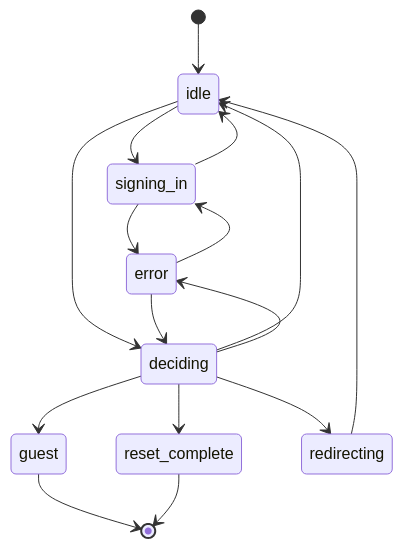
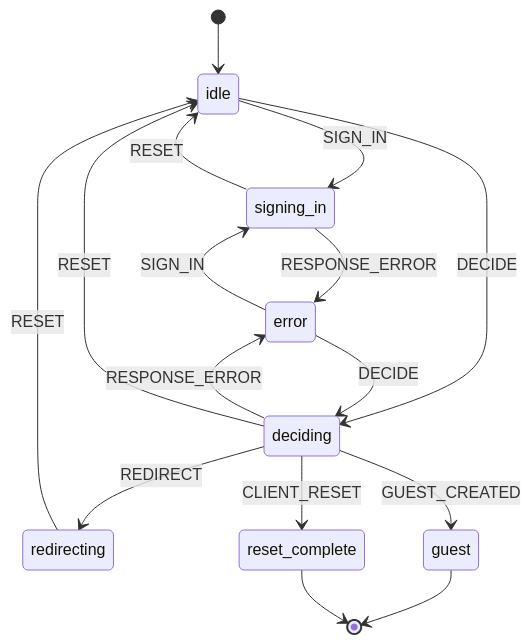
One commit to kody-hq/kody changed diagram 42 of 52 in docs/contributing/state-machines.md. Above: the diagram before and after it, drawn with Mermaid. The commit also changed other lines of this file and 78 other files, not shown here.

Commit message:
refactor: drive UI flows with XState actors

````diff
--- a/docs/contributing/state-machines.md
+++ b/docs/contributing/state-machines.md
@@ -1410,18 +1484,18 @@
 ```mermaid
 stateDiagram-v2
     [*] --> idle
-    idle --> signing_in
-    idle --> deciding
-    signing_in --> idle
-    signing_in --> error
-    deciding --> idle
-    deciding --> error
-    deciding --> guest
-    deciding --> reset_complete
-    deciding --> redirecting
-    error --> signing_in
-    error --> deciding
-    redirecting --> idle
+    idle --> signing_in: SIGN_IN
+    idle --> deciding: DECIDE
+    signing_in --> error: RESPONSE_ERROR
+    signing_in --> idle: RESET
+    deciding --> error: RESPONSE_ERROR
+    deciding --> redirecting: REDIRECT
+    deciding --> guest: GUEST_CREATED
+    deciding --> reset_complete: CLIENT_RESET
+    deciding --> idle: RESET
+    error --> signing_in: SIGN_IN
+    error --> deciding: DECIDE
+    redirecting --> idle: RESET
     guest --> [*]
     reset_complete --> [*]
 ```
````
